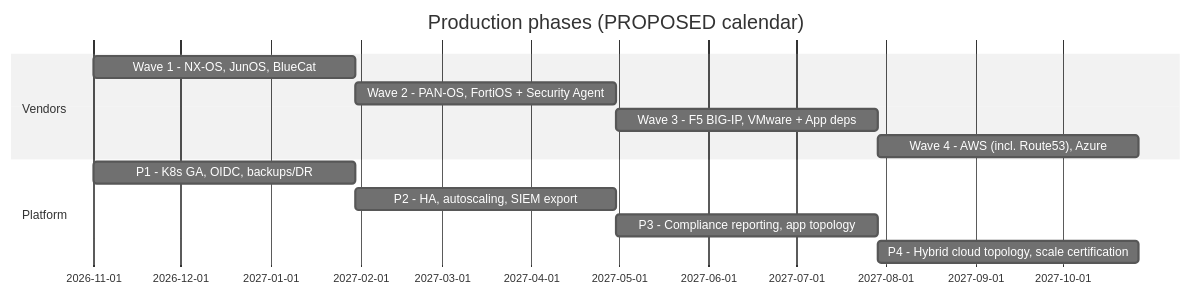
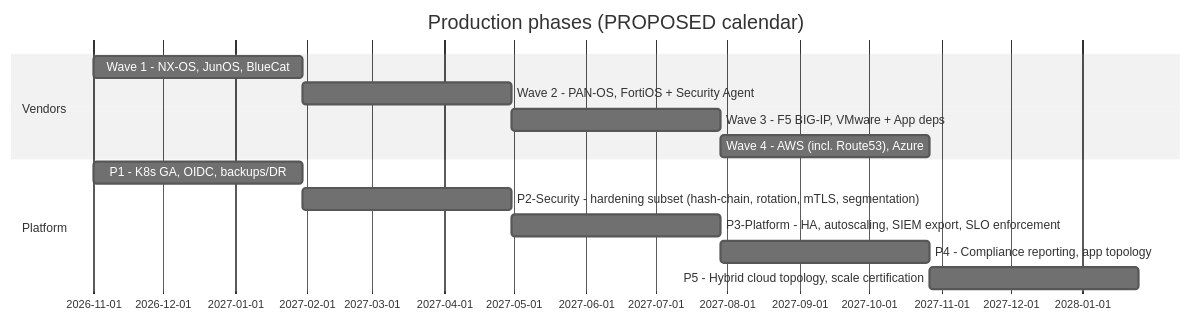
Before and after one commit to ilee165/network-infrastructure-ai-platform: the first of 2 diagrams in docs/roadmap/PRODUCTION.md, drawn with Mermaid (neutral theme). The commit also changed other lines of this file and 33 other files, not shown here.

````diff
--- a/docs/roadmap/PRODUCTION.md
+++ b/docs/roadmap/PRODUCTION.md
@@ -14,15 +14,16 @@
 ```mermaid
 gantt
     dateFormat  YYYY-MM-DD
     title Production phases (PROPOSED calendar)
     section Vendors
     Wave 1 - NX-OS, JunOS, BlueCat        :w1, 2026-11-01, 90d
     Wave 2 - PAN-OS, FortiOS + Security Agent :w2, after w1, 90d
     Wave 3 - F5 BIG-IP, VMware + App deps :w3, after w2, 90d
     Wave 4 - AWS (incl. Route53), Azure   :w4, after w3, 90d
     section Platform
     P1 - K8s GA, OIDC, backups/DR        :p1, 2026-11-01, 90d
-    P2 - HA, autoscaling, SIEM export    :p2, after p1, 90d
-    P3 - Compliance reporting, app topology :p3, after p2, 90d
-    P4 - Hybrid cloud topology, scale certification :p4, after p3, 90d
+    P2-Security - hardening subset (hash-chain, rotation, mTLS, segmentation) :p2s, after p1, 90d
+    P3-Platform - HA, autoscaling, SIEM export, SLO enforcement :p3p, after p2s, 90d
+    P4 - Compliance reporting, app topology :p4, after p3p, 90d
+    P5 - Hybrid cloud topology, scale certification :p5, after p4, 90d
 ```
````
